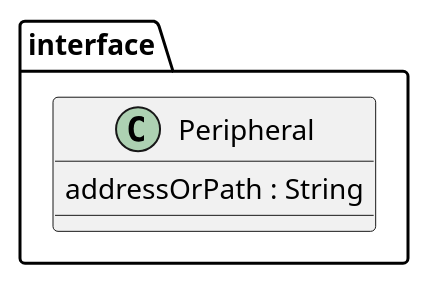
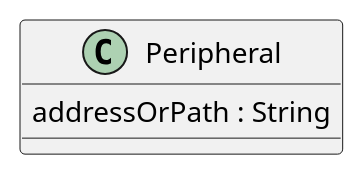
One commit to beerfactory/brewbox-uml changed the diagram in src/class/include/peripheral.iuml. Above: the diagram before and after it, drawn with PlantUML. The commit also changed 133 other files, not shown here.

```diff
--- a/src/class/include/peripheral.iuml
+++ b/src/class/include/peripheral.iuml
@@ -1,5 +1,3 @@
-package interface {
-	class Peripheral {
-		addressOrPath : String
-	}
+class Peripheral {
+	addressOrPath : String
 }
```
